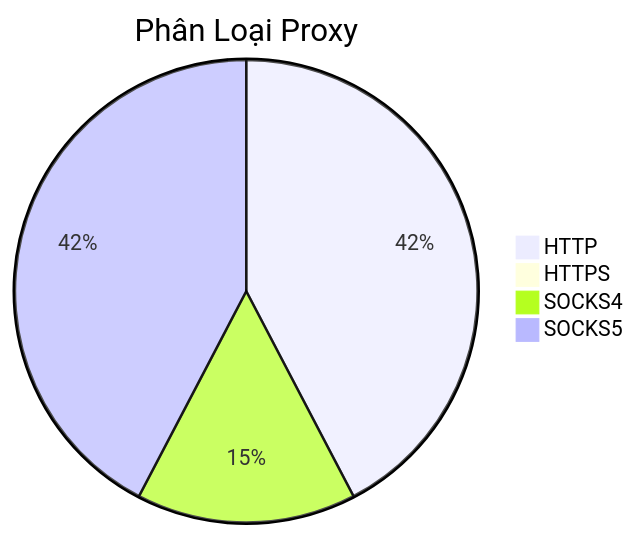
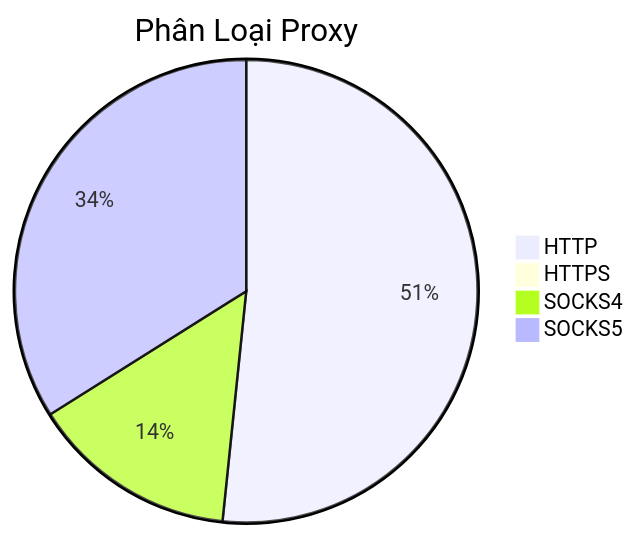
One commit to Ciara-Aa/PROXY-free changed the diagram in README.md. Above: the diagram before and after it, drawn with Mermaid. The commit also changed other lines of this file and 4 other files, not shown here.

````diff
--- a/README.md
+++ b/README.md
@@ -26,7 +26,7 @@
 ```mermaid
 pie title Phân Loại Proxy
-    "HTTP" : 262
-    "HTTPS" : 2
-    "SOCKS4" : 95
-    "SOCKS5" : 262
+    "HTTP" : 347
+    "HTTPS" : 6
+    "SOCKS4" : 97
+    "SOCKS5" : 228
 ```
````
